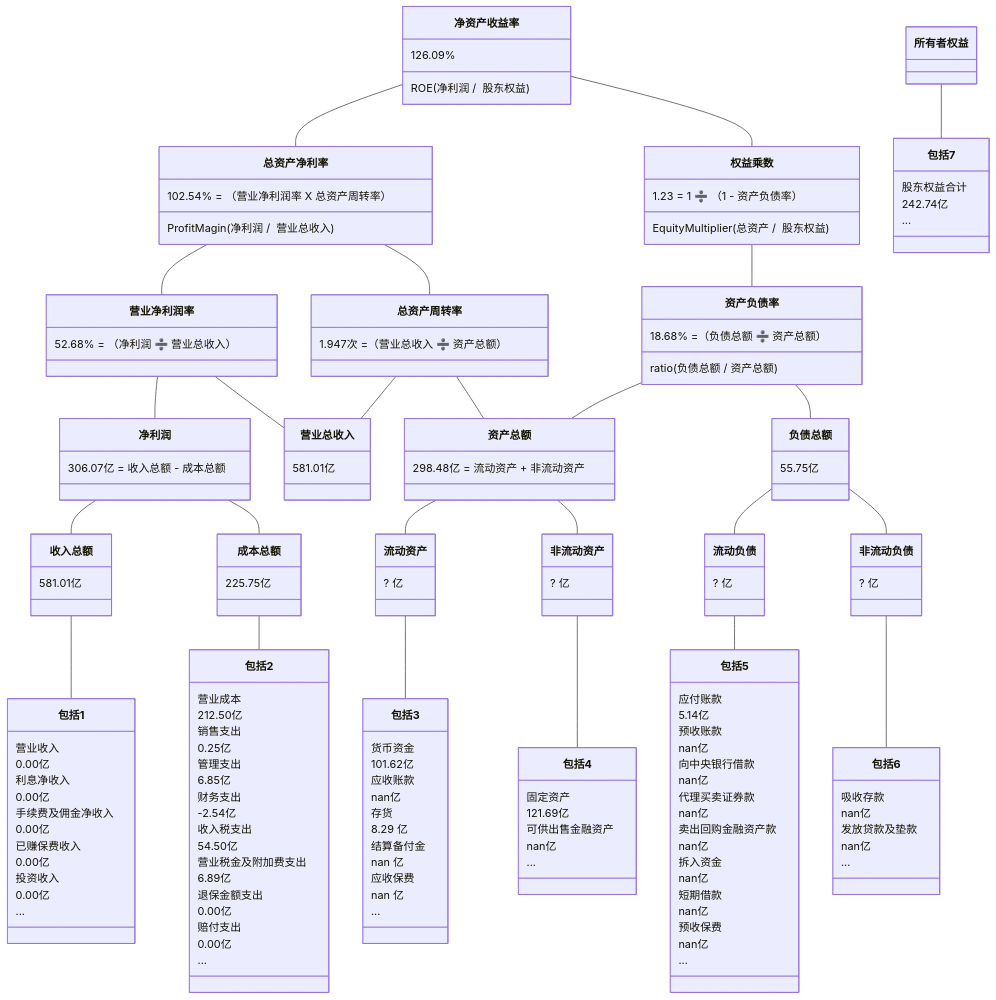
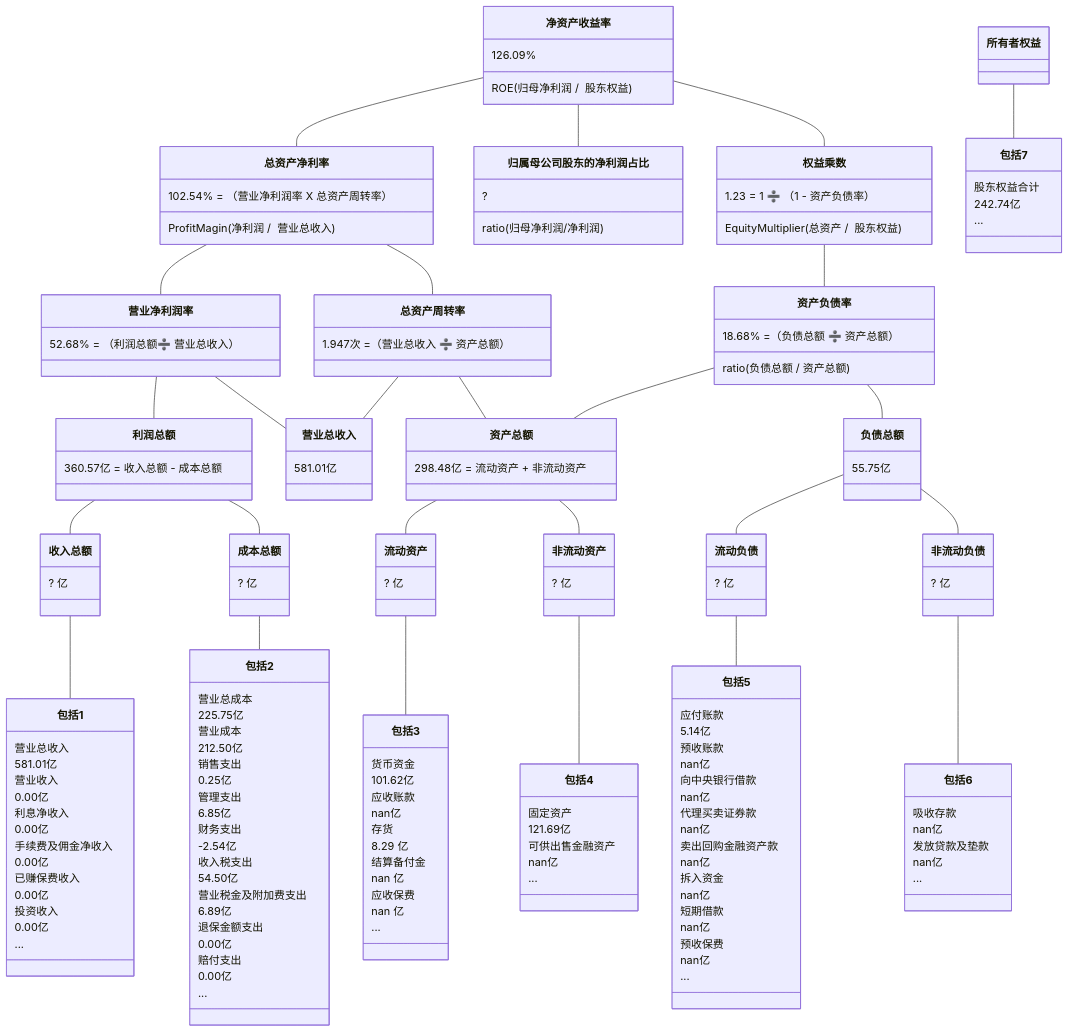
One commit to TheVeryDarkness/cs410 changed the tenth of 10 diagrams in 2/2.md. Above: the diagram before and after it, drawn with Mermaid. The commit also changed other lines of this file and 55 other files, not shown here.

```diff
--- a/2/2.md
+++ b/2/2.md
@@ -1121,23 +1184,26 @@
 classDiagram
 净资产收益率 -- 总资产净利率
     净资产收益率 : 126.09%
-    净资产收益率 : ROE(净利润 /  股东权益)
+    净资产收益率 : ROE(归母净利润 /  股东权益)
     总资产净利率 : 102.54% = （营业净利润率 X 总资产周转率）
     总资产净利率 : ProfitMagin(净利润 /  营业总收入)
+净资产收益率 -- 归属母公司股东的净利润占比
+	归属母公司股东的净利润占比 : ?
+	归属母公司股东的净利润占比 : ratio(归母净利润/净利润)
 净资产收益率 -- 权益乘数
     权益乘数 : 1.23 = 1 ➗ （1 - 资产负债率）
     权益乘数 : EquityMultiplier(总资产 /  股东权益)
     
 总资产净利率 -- 营业净利润率
-    营业净利润率 : 52.68% = （净利润 ➗ 营业总收入）
+    营业净利润率 : 52.68% = （利润总额➗ 营业总收入）
 总资产净利率 -- 总资产周转率
     总资产周转率 : 1.947次 =（营业总收入 ➗ 资产总额）
 权益乘数 -- 资产负债率
     资产负债率  : 18.68% =（负债总额 ➗ 资产总额）
     资产负债率  : ratio(负债总额 / 资产总额)
 
-营业净利润率 -- 净利润
-    净利润 : 306.07亿 = 收入总额 - 成本总额
+营业净利润率 -- 利润总额
+   利润总额 : 360.57亿 = 收入总额 - 成本总额
 营业净利润率 -- 营业总收入
     营业总收入 : 581.01亿
 总资产周转率 -- 营业总收入
@@ -1148,10 +1214,10 @@
 资产负债率 -- 　资产总额
 
 
-净利润 -- 收入总额
-    收入总额 : 581.01亿
-净利润 -- 成本总额
-    成本总额 : 225.75亿
+利润总额 -- 收入总额
+    收入总额 : ? 亿
+利润总额 -- 成本总额
+    成本总额 : ? 亿
 资产总额 -- 流动资产
 	流动资产 : ? 亿
 资产总额 -- 非流动资产
@@ -1162,6 +1228,8 @@
 	非流动负债 : ? 亿
 
 收入总额 -- 包括1
+    包括1 : 营业总收入
+    包括1 : 581.01亿
     包括1 : 营业收入
     包括1 : 0.00亿
     包括1 : 利息净收入
@@ -1174,6 +1242,8 @@
     包括1 : 0.00亿
     包括1 : ...
 成本总额 -- 包括2
+    包括2 : 营业总成本
+    包括2 : 225.75亿
     包括2 : 营业成本
     包括2 : 212.50亿
     包括2 : 销售支出
```
